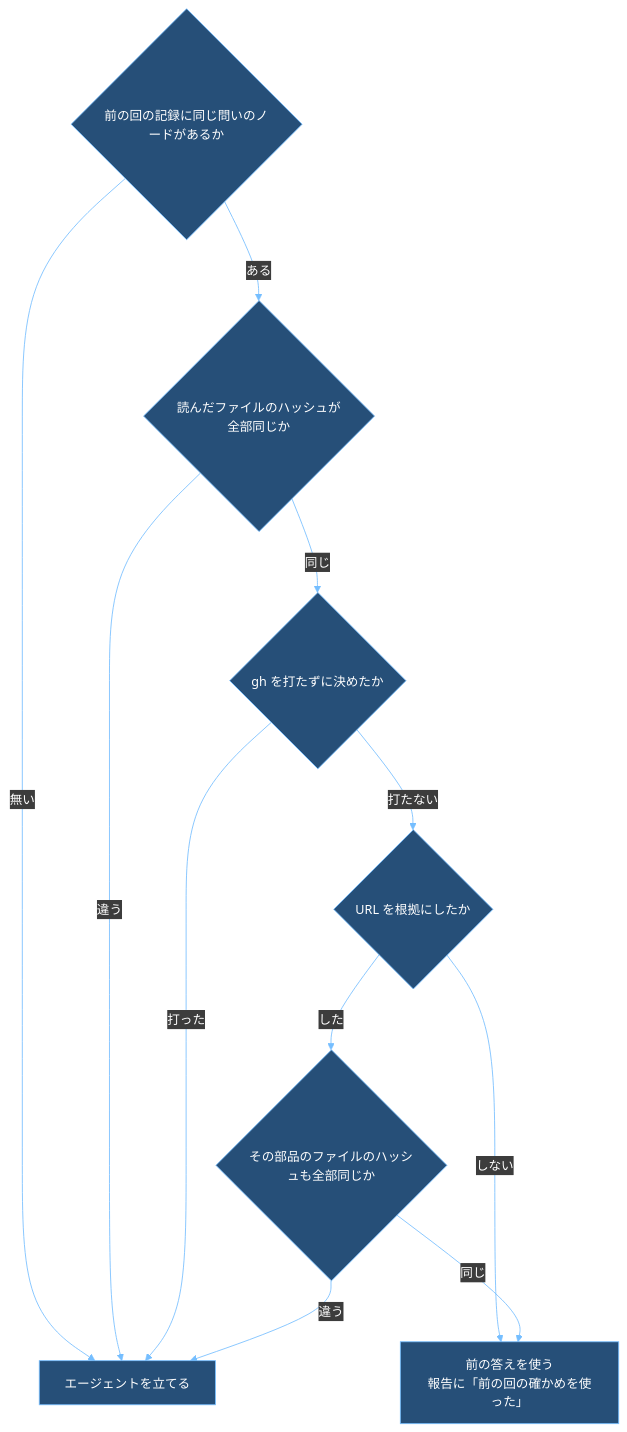
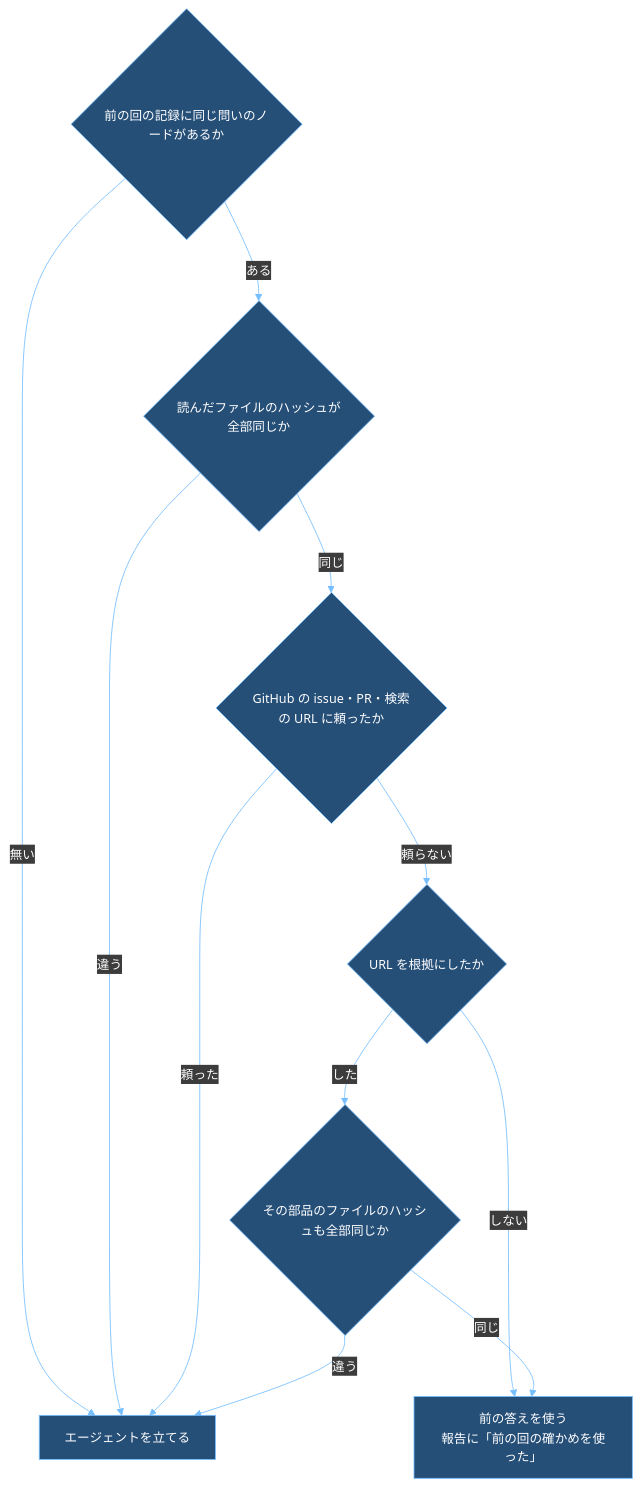
Before and after one commit to raiki61/claude-plugins: the sixth of 6 diagrams in attention/docs/my-turn-workflow-design.md, drawn with Mermaid. The commit also changed other lines of this file and 11 other files, not shown here.

````diff
--- a/attention/docs/my-turn-workflow-design.md
+++ b/attention/docs/my-turn-workflow-design.md
@@ -845,14 +898,14 @@
 ```mermaid
 %%{init: {"theme":"base","themeVariables":{"darkMode":true,"background":"#1e1e1e","fontSize":"15px","primaryColor":"#264f78","primaryTextColor":"#ffffff","primaryBorderColor":"#75beff","secondaryColor":"#3a3d41","tertiaryColor":"#2d2d30","lineColor":"#75beff","textColor":"#f0f0f0","titleColor":"#ffffff","clusterBkg":"#252526","clusterBorder":"#c8c8c8","edgeLabelBackground":"#3c3c3c","nodeTextColor":"#ffffff","actorBkg":"#264f78","actorBorder":"#75beff","actorTextColor":"#ffffff","actorLineColor":"#c8c8c8","signalColor":"#75beff","signalTextColor":"#f0f0f0","noteBkgColor":"#5c4b00","noteTextColor":"#ffffff","noteBorderColor":"#d7ba7d","labelBoxBkgColor":"#264f78","labelTextColor":"#ffffff","loopTextColor":"#f0f0f0","sequenceNumberColor":"#ffffff"}}}%%
 flowchart TB
   s{"前の回の記録に同じ問いのノードがあるか"} -->|無い| run["エージェントを立てる"]
   s -->|ある| c1{"読んだファイルのハッシュが全部同じか"}
   c1 -->|違う| run
-  c1 -->|同じ| c2{"gh を打たずに決めたか"}
-  c2 -->|打った| run
-  c2 -->|打たない| c3{"URL を根拠にしたか"}
+  c1 -->|同じ| c2{"GitHub の issue・PR・検索の URL に頼ったか"}
+  c2 -->|頼った| run
+  c2 -->|頼らない| c3{"URL を根拠にしたか"}
   c3 -->|しない| use["前の答えを使う<br/>報告に「前の回の確かめを使った」"]
   c3 -->|した| c4{"その部品のファイルのハッシュも全部同じか"}
   c4 -->|同じ| use
   c4 -->|違う| run
 ```
````
